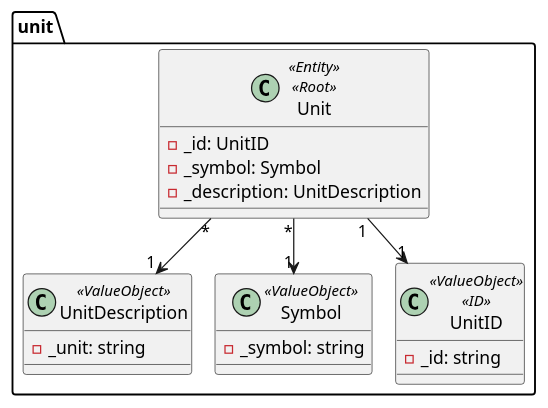
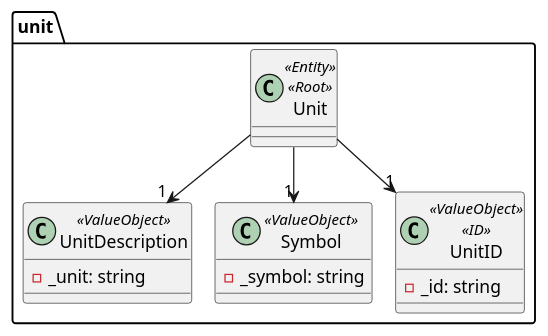
One commit to olivDiogo/SmartHome changed the diagram in docs/ooa/4.agreggateModels/Unit.puml. Above: the diagram before and after it, drawn with PlantUML. The commit also changed 10 other files, not shown here.

```diff
--- a/docs/ooa/4.agreggateModels/Unit.puml
+++ b/docs/ooa/4.agreggateModels/Unit.puml
@@ -1,25 +1,22 @@
 @startuml
 !pragma layout smetana
 
 package unit {
     class Unit <<Entity>><<Root>> {
-        - _id: UnitID
-        - _symbol: Symbol
-        - _description: UnitDescription
 
     }
     class UnitDescription <<ValueObject>> {
         - _unit: string
         }
     class Symbol<<ValueObject>> {
         - _symbol: string
         }
      class UnitID <<ValueObject>><<ID>> {
         - _id: string
         }
 
-Unit "*" --> "1" UnitDescription
-Unit "*" --> "1" Symbol
-Unit "1" --> "1" UnitID
+Unit  --> "1" UnitDescription
+Unit  --> "1" Symbol
+Unit  --> "1" UnitID
 }
 @enduml
```
